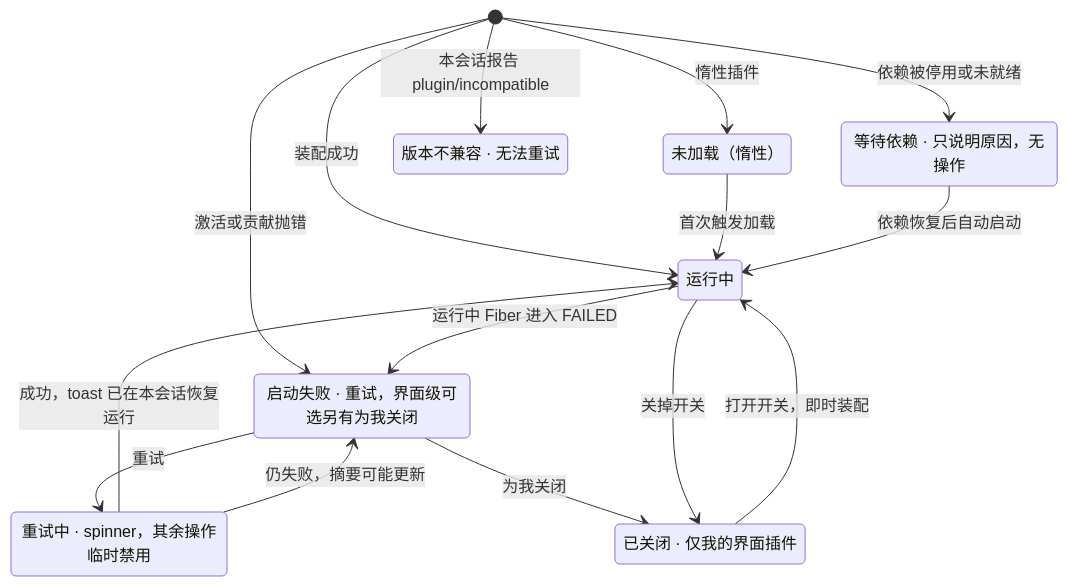
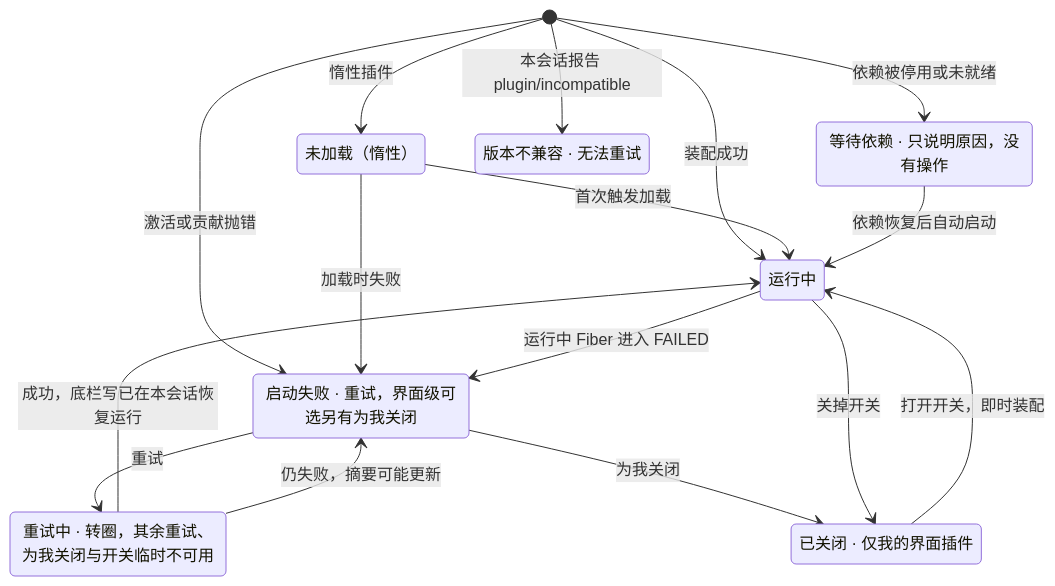
Before and after one commit to Xeonice/cordis-ppt-editor: the second of 4 diagrams in docs/20-design/03-screens/09-plugin-manager.md, drawn with Mermaid. The commit also changed other lines of this file and 44 other files, not shown here.

````diff
--- a/docs/20-design/03-screens/09-plugin-manager.md
+++ b/docs/20-design/03-screens/09-plugin-manager.md
@@ -164,24 +170,25 @@
 ```mermaid
 stateDiagram-v2
   state "未加载（惰性）" as lazy
   state "运行中" as running
-  state "等待依赖 · 只说明原因，无操作" as pending
+  state "等待依赖 · 只说明原因，没有操作" as pending
   state "启动失败 · 重试，界面级可选另有为我关闭" as failed
-  state "重试中 · spinner，其余操作临时禁用" as retrying
+  state "重试中 · 转圈，其余重试、为我关闭与开关临时不可用" as retrying
   state "版本不兼容 · 无法重试" as incompatible
   state "已关闭 · 仅我的界面插件" as off
   [*] --> lazy : 惰性插件
   [*] --> running : 装配成功
   [*] --> pending : 依赖被停用或未就绪
   [*] --> failed : 激活或贡献抛错
   [*] --> incompatible : 本会话报告 plugin/incompatible
   lazy --> running : 首次触发加载
+  lazy --> failed : 加载时失败
   pending --> running : 依赖恢复后自动启动
   running --> failed : 运行中 Fiber 进入 FAILED
   failed --> retrying : 重试
-  retrying --> running : 成功，toast 已在本会话恢复运行
+  retrying --> running : 成功，底栏写已在本会话恢复运行
   retrying --> failed : 仍失败，摘要可能更新
   failed --> off : 为我关闭
   running --> off : 关掉开关
   off --> running : 打开开关，即时装配
 ```
````
